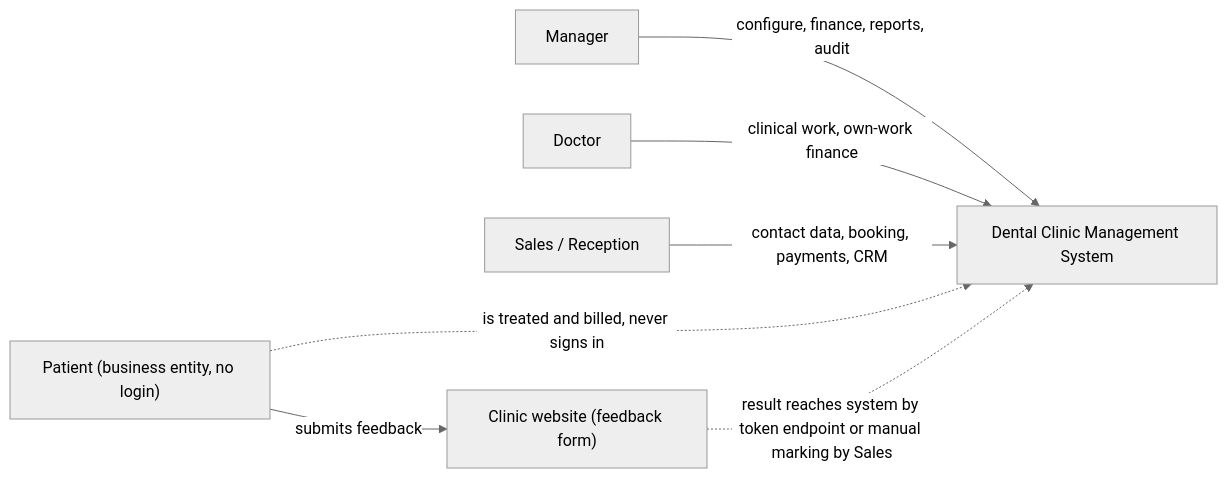
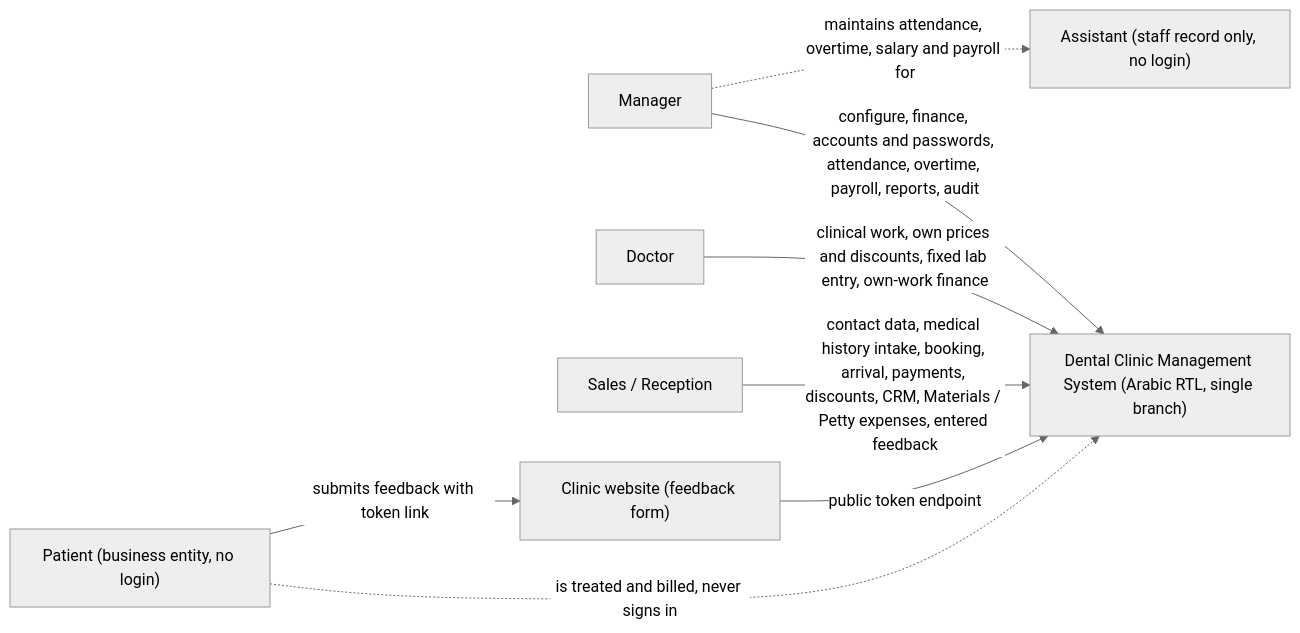
Before and after one commit to mostafaabdullah11/Dental-clinical-system: the first of 26 diagrams in docs/DIAGRAMS.md, drawn with Mermaid (neutral theme). The commit also changed other lines of this file and 51 other files, not shown here.

````diff
--- a/docs/DIAGRAMS.md
+++ b/docs/DIAGRAMS.md
@@ -13,16 +12,18 @@
 ```mermaid
 flowchart LR
     M["Manager"]
     D["Doctor"]
     S["Sales / Reception"]
+    A["Assistant (staff record only, no login)"]
     P["Patient (business entity, no login)"]
-    SYS["Dental Clinic Management System"]
+    SYS["Dental Clinic Management System (Arabic RTL, single branch)"]
     WEB["Clinic website (feedback form)"]
 
-    M -->|"configure, finance, reports, audit"| SYS
-    D -->|"clinical work, own-work finance"| SYS
-    S -->|"contact data, booking, payments, CRM"| SYS
+    M -->|"configure, finance, accounts and passwords, attendance, overtime, payroll, reports, audit"| SYS
+    M -.->|"maintains attendance, overtime, salary and payroll for"| A
+    D -->|"clinical work, own prices and discounts, fixed lab entry, own-work finance"| SYS
+    S -->|"contact data, medical history intake, booking, arrival, payments, discounts, CRM, Materials / Petty expenses, entered feedback"| SYS
     P -.->|"is treated and billed, never signs in"| SYS
-    P -->|"submits feedback"| WEB
-    WEB -.->|"result reaches system by token endpoint or manual marking by Sales"| SYS
+    P -->|"submits feedback with token link"| WEB
+    WEB -->|"public token endpoint"| SYS
 ```
````
